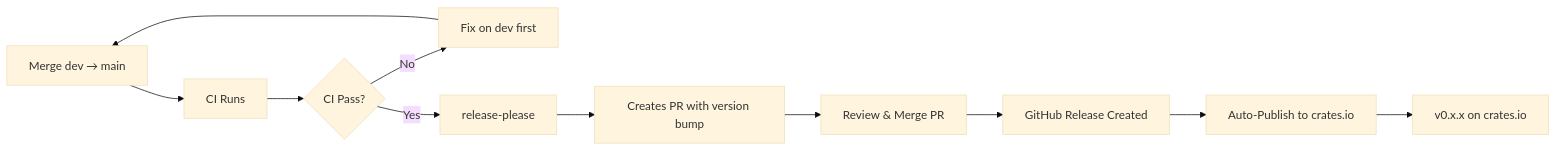
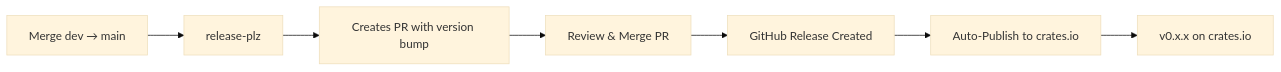
One commit to cpjet64/rappct changed the second of 2 diagrams in WORKFLOW.md. Above: the diagram before and after it, drawn with Mermaid (base theme). The commit also changed other lines of this file and 10 other files, not shown here.

First line of the commit message:
feat: migrate from release-please to release-plz

````diff
--- a/WORKFLOW.md
+++ b/WORKFLOW.md
@@ -69,13 +62,9 @@
 ```mermaid
 graph LR
-    A[Merge dev → main] --> B[CI Runs]
-    B --> C{CI Pass?}
-    C -->|No| D[Fix on dev first]
-    D --> A
-    C -->|Yes| E[release-please]
-    E --> F[Creates PR with version bump]
-    F --> G[Review & Merge PR]
-    G --> H[GitHub Release Created]
-    H --> I[Auto-Publish to crates.io]
-    I --> J[v0.x.x on crates.io]
+    A[Merge dev → main] --> B[release-plz]
+    B --> C[Creates PR with version bump]
+    C --> D[Review & Merge PR]
+    D --> E[GitHub Release Created]
+    E --> F[Auto-Publish to crates.io]
+    F --> G[v0.x.x on crates.io]
 ```
````
